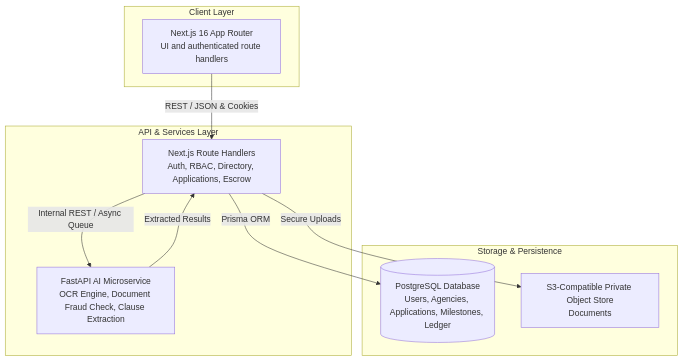
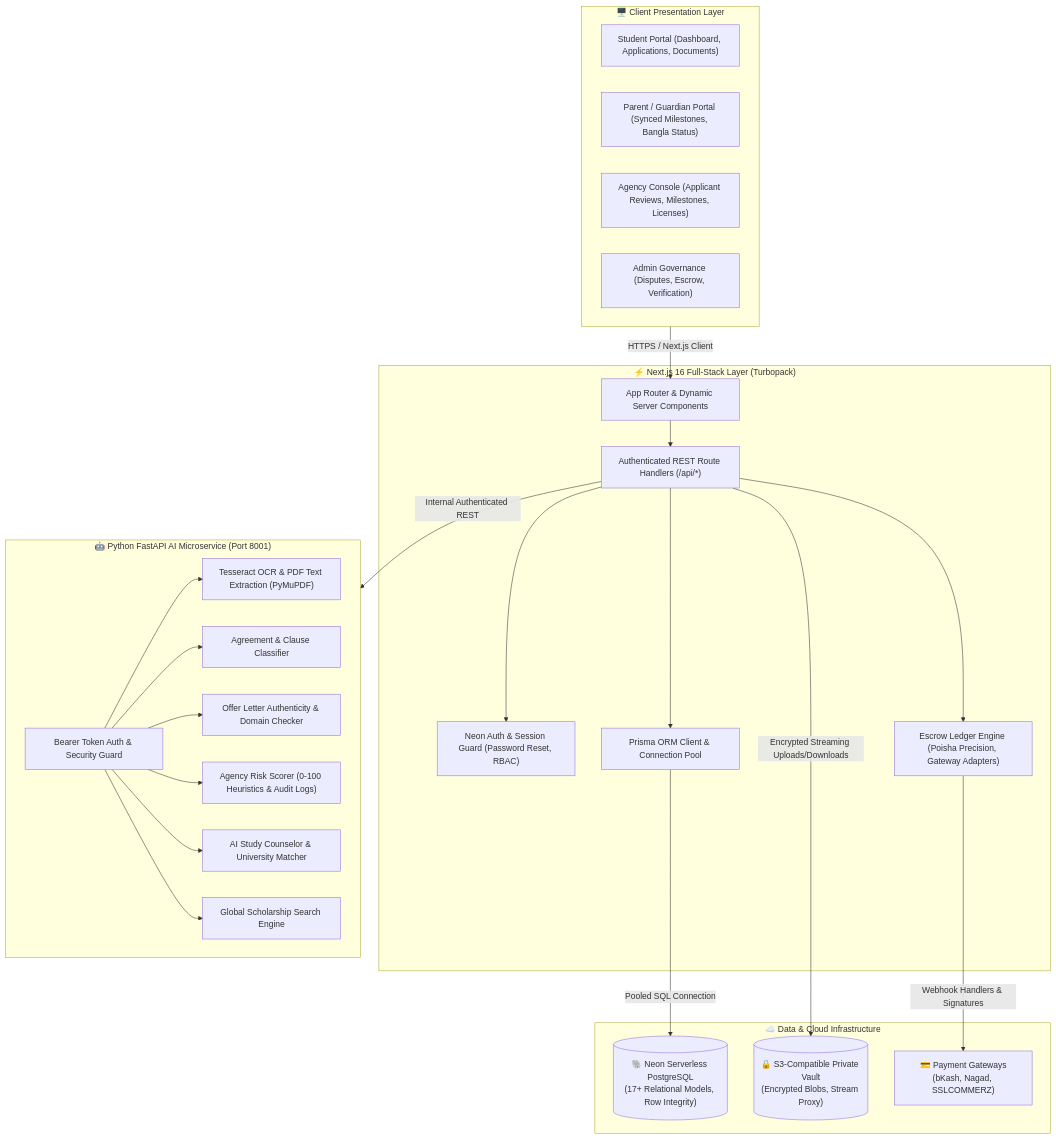
The diagram in README.md (Team-Inception-1/Ethos-AI), drawn with Mermaid before and after one commit. The commit also changed other lines of this file, not shown here.

Commit message:
docs: modernize and expand README with full architecture, modules, and testing suite

````diff
--- a/README.md
+++ b/README.md
@@ -28,22 +38,49 @@
 ```mermaid
-graph TD
-    subgraph Client Layer
-        Web[Next.js 16 App Router<br/>UI and authenticated route handlers]
+flowchart TD
+    subgraph ClientLayer ["🖥️ Client Presentation Layer"]
+        StudentUI["Student Portal (Dashboard, Applications, Documents)"]
+        ParentUI["Parent / Guardian Portal (Synced Milestones, Bangla Status)"]
+        AgencyUI["Agency Console (Applicant Reviews, Milestones, Licenses)"]
+        AdminUI["Admin Governance (Disputes, Escrow, Verification)"]
     end
 
-    subgraph API & Services Layer
-        API[Next.js Route Handlers<br/>Auth, RBAC, Directory, Applications, Escrow]
-        AISvc[FastAPI AI Microservice<br/>OCR Engine, Document Fraud Check, Clause Extraction]
+    subgraph WebCore ["⚡ Next.js 16 Full-Stack Layer (Turbopack)"]
+        AppRouter["App Router & Dynamic Server Components"]
+        AuthModule["Neon Auth & Session Guard (Password Reset, RBAC)"]
+        RouteHandlers["Authenticated REST Route Handlers (/api/*)"]
+        EscrowEngine["Escrow Ledger Engine (Poisha Precision, Gateway Adapters)"]
+        PrismaClient["Prisma ORM Client & Connection Pool"]
     end
 
-    subgraph Storage & Persistence
-        DB[(PostgreSQL Database<br/>Users, Agencies, Applications, Milestones, Ledger)]
-        Storage[S3-Compatible Private Object Store<br/>Documents]
+    subgraph AIMicroservice ["🤖 Python FastAPI AI Microservice (Port 8001)"]
+        AISecurity["Bearer Token Auth & Security Guard"]
+        OCREngine["Tesseract OCR & PDF Text Extraction (PyMuPDF)"]
+        AgreementAnalyzer["Agreement & Clause Classifier"]
+        OfferScanner["Offer Letter Authenticity & Domain Checker"]
+        RiskEngine["Agency Risk Scorer (0-100 Heuristics & Audit Logs)"]
+        CounselorEngine["AI Study Counselor & University Matcher"]
+        ScholarFinder["Global Scholarship Search Engine"]
     end
 
-    Web -->|REST / JSON & Cookies| API
-    API -->|Internal REST / Async Queue| AISvc
-    API -->|Prisma ORM| DB
-    API -->|Secure Uploads| Storage
-    AISvc -->|Extracted Results| API
+    subgraph CloudPersistence ["☁️ Data & Cloud Infrastructure"]
+        NeonDB[("🐘 Neon Serverless PostgreSQL\n(17+ Relational Models, Row Integrity)")]
+        PrivateVault[("🔒 S3-Compatible Private Vault\n(Encrypted Blobs, Stream Proxy)")]
+        Gateways["💳 Payment Gateways\n(bKash, Nagad, SSLCOMMERZ)"]
+    end
+
+    ClientLayer -->|HTTPS / Next.js Client| AppRouter
+    AppRouter --> RouteHandlers
+    RouteHandlers --> AuthModule
+    RouteHandlers --> EscrowEngine
+    RouteHandlers --> PrismaClient
+    RouteHandlers -->|Internal Authenticated REST| AIMicroservice
+    RouteHandlers -->|Encrypted Streaming Uploads/Downloads| PrivateVault
+    EscrowEngine -->|Webhook Handlers & Signatures| Gateways
+    PrismaClient -->|Pooled SQL Connection| NeonDB
+    AISecurity --> OCREngine
+    AISecurity --> AgreementAnalyzer
+    AISecurity --> OfferScanner
+    AISecurity --> RiskEngine
+    AISecurity --> CounselorEngine
+    AISecurity --> ScholarFinder
 ```
````
